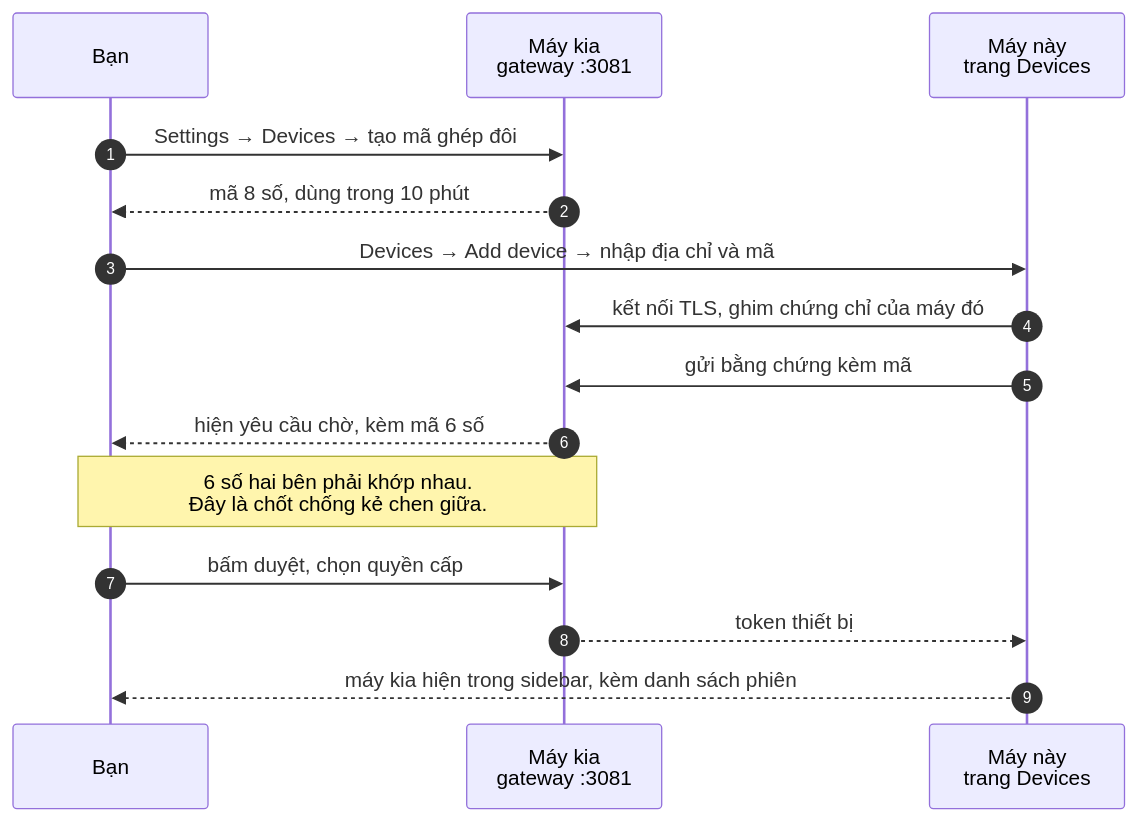
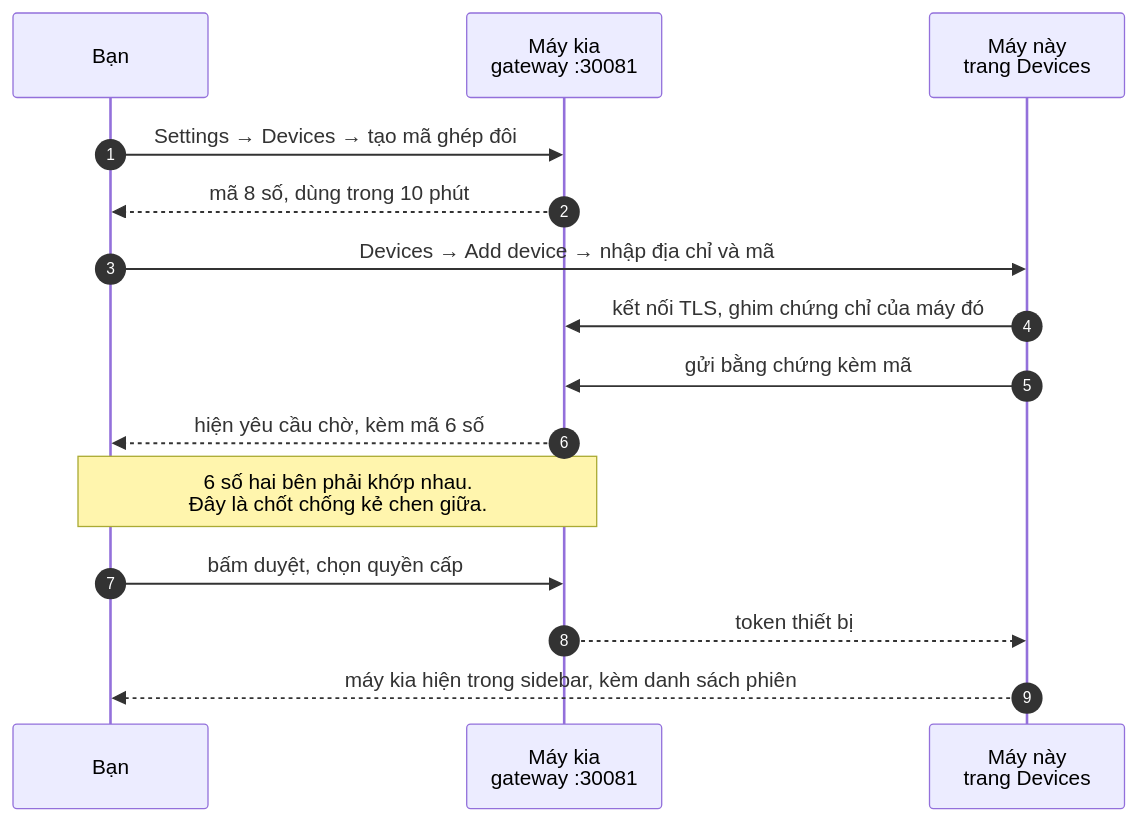
One commit to nesteacold/dsh-remote changed the first of 5 diagrams in README.vi.md. Above: the diagram before and after it, drawn with Mermaid. The commit also changed other lines of this file and 3 other files, not shown here.

````diff
--- a/README.vi.md
+++ b/README.vi.md
@@ -83,18 +83,18 @@
 ```mermaid
 sequenceDiagram
     autonumber
     participant Ban as Bạn
-    participant Host as Máy kia<br/>gateway :3081
+    participant Host as Máy kia<br/>gateway :30081
     participant Local as Máy này<br/>trang Devices
 
     Ban->>Host: Settings → Devices → tạo mã ghép đôi
     Host-->>Ban: mã 8 số, dùng trong 10 phút
     Ban->>Local: Devices → Add device → nhập địa chỉ và mã
     Local->>Host: kết nối TLS, ghim chứng chỉ của máy đó
     Local->>Host: gửi bằng chứng kèm mã
     Host-->>Ban: hiện yêu cầu chờ, kèm mã 6 số
     Note over Ban,Host: 6 số hai bên phải khớp nhau.<br/>Đây là chốt chống kẻ chen giữa.
     Ban->>Host: bấm duyệt, chọn quyền cấp
     Host-->>Local: token thiết bị
     Local-->>Ban: máy kia hiện trong sidebar, kèm danh sách phiên
 ```
````
